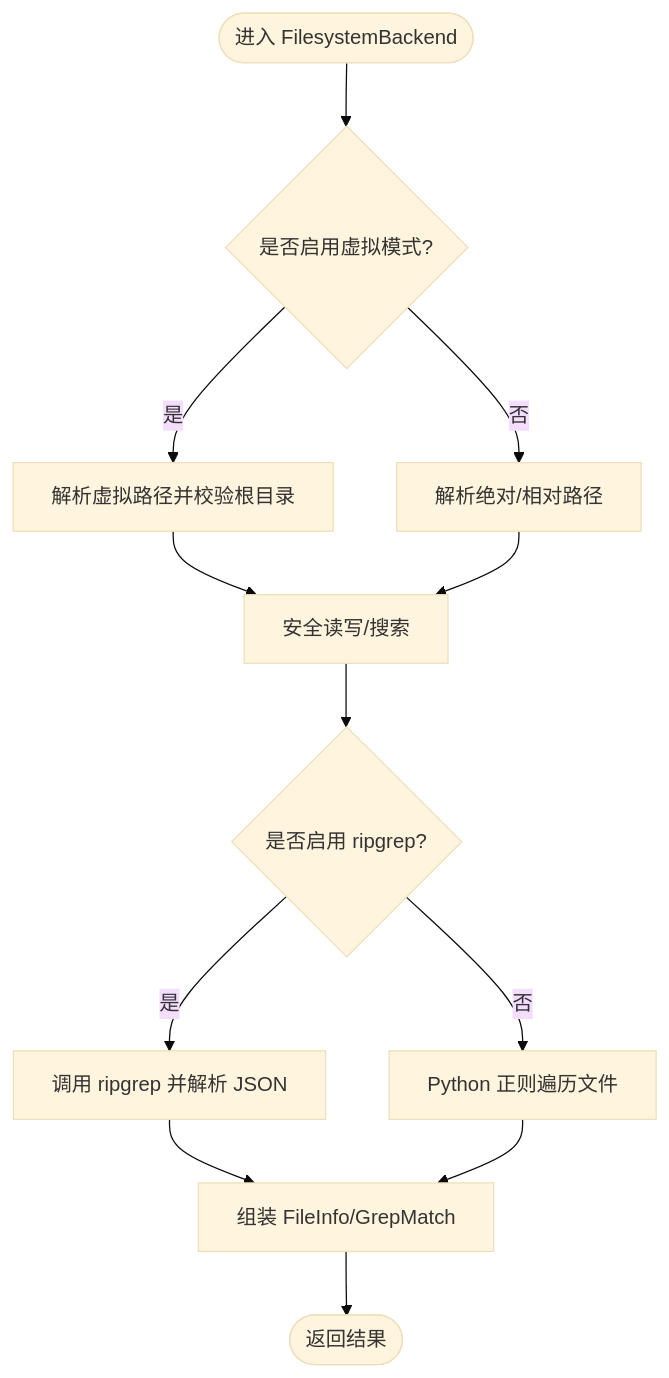
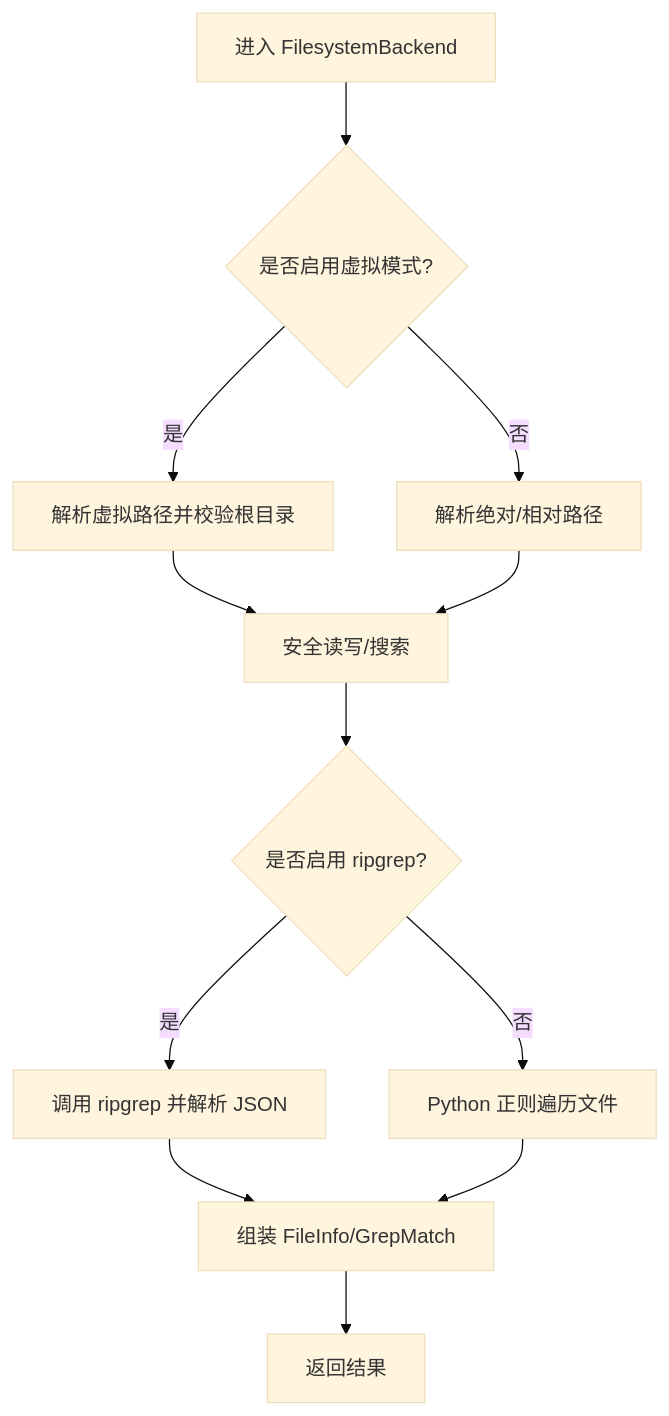
One commit to afanty2021/deepagents-langchain changed the third of 7 diagrams in .qoder/repowiki/zh/content/核心框架/后端系统.md. Above: the diagram before and after it, drawn with Mermaid (base theme). The commit also changed other lines of this file and 3 other files, not shown here.

````diff
--- a/.qoder/repowiki/zh/content/核心框架/后端系统.md
+++ b/.qoder/repowiki/zh/content/核心框架/后端系统.md
@@ -185,14 +185,14 @@
 ```mermaid
 flowchart TD
-Start(["进入 FilesystemBackend"]) --> Mode{"是否启用虚拟模式?"}
+Start["进入 FilesystemBackend"] --> Mode{"是否启用虚拟模式?"}
 Mode --> |是| Resolve["解析虚拟路径并校验根目录"]
 Mode --> |否| Legacy["解析绝对/相对路径"]
 Resolve --> IO["安全读写/搜索"]
 Legacy --> IO
 IO --> Search{"是否启用 ripgrep?"}
 Search --> |是| RG["调用 ripgrep 并解析 JSON"]
 Search --> |否| Py["Python 正则遍历文件"]
 RG --> Merge["组装 FileInfo/GrepMatch"]
 Py --> Merge
-Merge --> End(["返回结果"])
+Merge --> End["返回结果"]
 ```
````
